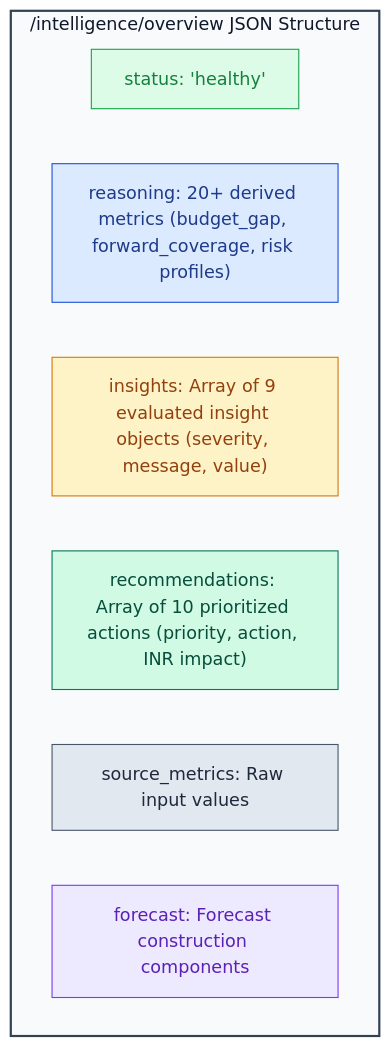
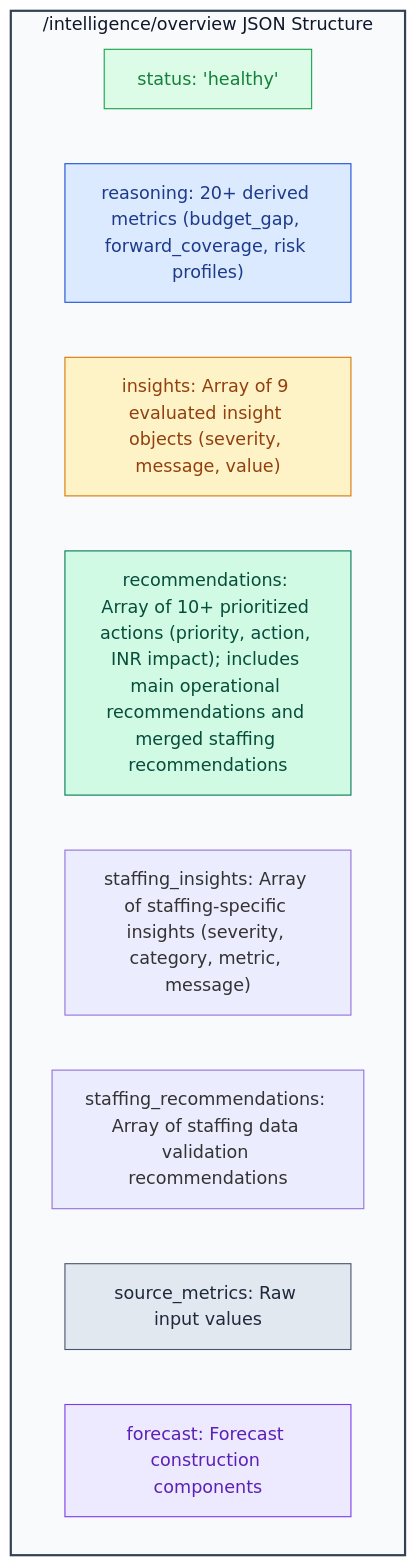
Before and after one commit to VED-VIVEK-TALMALEY/x-fin: the third of 3 diagrams in docs/API.md, drawn with Mermaid. The commit also changed other lines of this file and 18 other files, not shown here.

````diff
--- a/docs/API.md
+++ b/docs/API.md
@@ -147,19 +148,21 @@
 ```mermaid
 flowchart TD
     subgraph Payload["/intelligence/overview JSON Structure"]
         ST["status: 'healthy'"]
         R["reasoning: 20+ derived metrics (budget_gap, forward_coverage, risk profiles)"]
         IN["insights: Array of 9 evaluated insight objects (severity, message, value)"]
-        RC["recommendations: Array of 10 prioritized actions (priority, action, INR impact)"]
+        RC["recommendations: Array of 10+ prioritized actions (priority, action, INR impact); includes main operational recommendations and merged staffing recommendations"]
+        SC["staffing_insights: Array of staffing-specific insights (severity, category, metric, message)"]
+        SRC["staffing_recommendations: Array of staffing data validation recommendations"]
         SM["source_metrics: Raw input values"]
         FC["forecast: Forecast construction components"]
     end
 
     style Payload fill:#F8FAFC,stroke:#334155,stroke-width:2px,color:#0F172A
     style ST fill:#DCFCE7,stroke:#16A34A,stroke-width:1px,color:#15803D
     style R fill:#DBEAFE,stroke:#1D4ED8,stroke-width:1px,color:#1E3A8A
     style IN fill:#FEF3C7,stroke:#D97706,stroke-width:1px,color:#92400E
     style RC fill:#D1FAE5,stroke:#047857,stroke-width:1px,color:#064E3B
     style SM fill:#E2E8F0,stroke:#475569,stroke-width:1px,color:#1E293B
     style FC fill:#EDE9FE,stroke:#7C3AED,stroke-width:1px,color:#5B21B6
 ```
````
